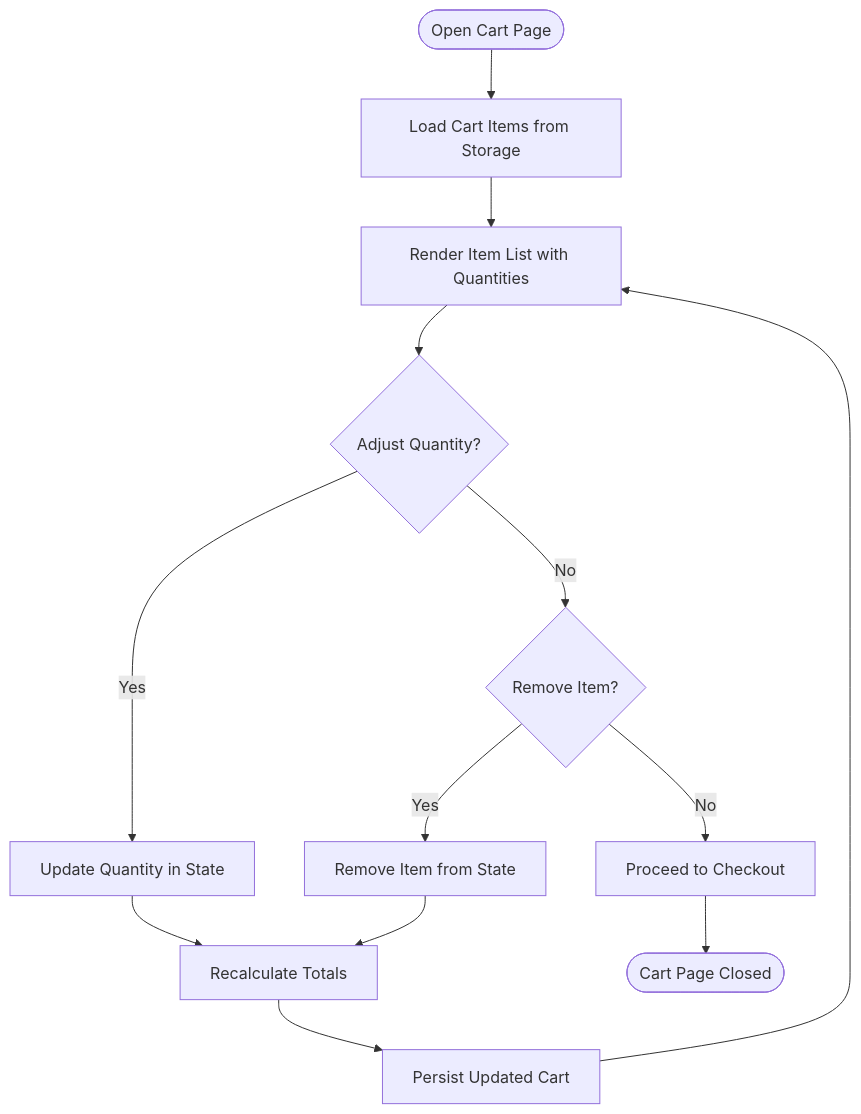
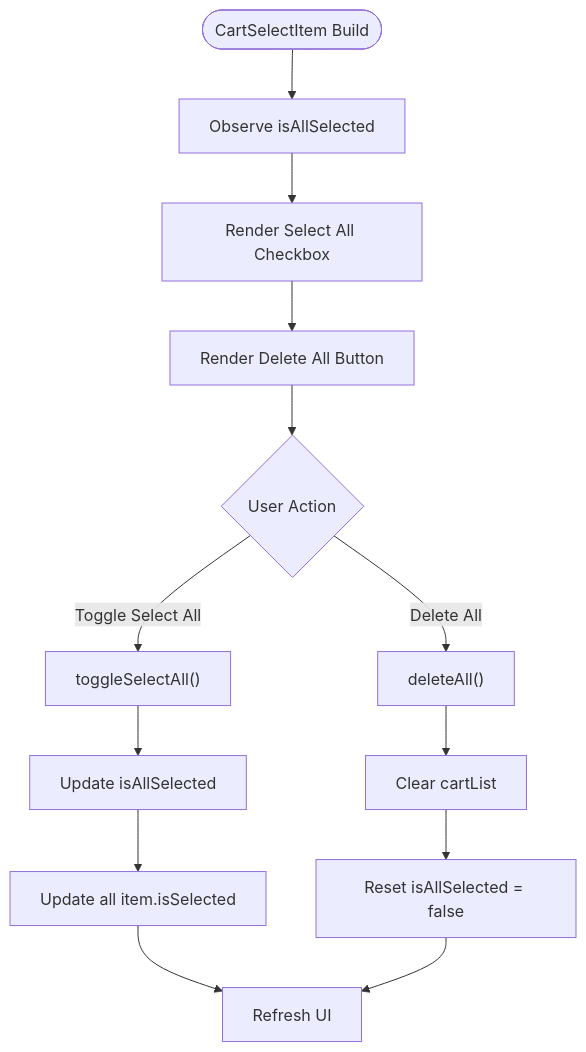
The seventh of 11 diagrams in .qoder/repowiki/en/content/Core Features/E-commerce Platform/Shopping Cart System.md (Ariful3111/FurniGo), drawn with Mermaid before and after one commit. The commit also changed other lines of this file and 12 other files, not shown here.

````diff
--- a/.qoder/repowiki/en/content/Core Features/E-commerce Platform/Shopping Cart System.md
+++ b/.qoder/repowiki/en/content/Core Features/E-commerce Platform/Shopping Cart System.md
@@ -188,15 +282,15 @@
 ```mermaid
 flowchart TD
-Start(["Open Cart Page"]) --> Load["Load Cart Items from Storage"]
-Load --> Render["Render Item List with Quantities"]
-Render --> Adjust{"Adjust Quantity?"}
-Adjust --> |Yes| UpdateQty["Update Quantity in State"]
-UpdateQty --> Recalc["Recalculate Totals"]
-Recalc --> Persist["Persist Updated Cart"]
-Persist --> Render
-Adjust --> |No| Remove{"Remove Item?"}
-Remove --> |Yes| RemoveItem["Remove Item from State"]
-RemoveItem --> Recalc
-Remove --> |No| Checkout["Proceed to Checkout"]
-Checkout --> End(["Cart Page Closed"])
+Start(["CartSelectItem Build"]) --> ObserveState["Observe isAllSelected"]
+ObserveState --> RenderSelectAll["Render Select All Checkbox"]
+RenderSelectAll --> RenderDeleteAll["Render Delete All Button"]
+RenderDeleteAll --> UserAction{"User Action"}
+UserAction --> |Toggle Select All| ToggleAll["toggleSelectAll()"]
+UserAction --> |Delete All| DeleteAll["deleteAll()"]
+ToggleAll --> UpdateState["Update isAllSelected"]
+UpdateState --> UpdateItems["Update all item.isSelected"]
+UpdateItems --> RefreshUI["Refresh UI"]
+DeleteAll --> ClearCart["Clear cartList"]
+ClearCart --> ResetState["Reset isAllSelected = false"]
+ResetState --> RefreshUI
 ```
````
